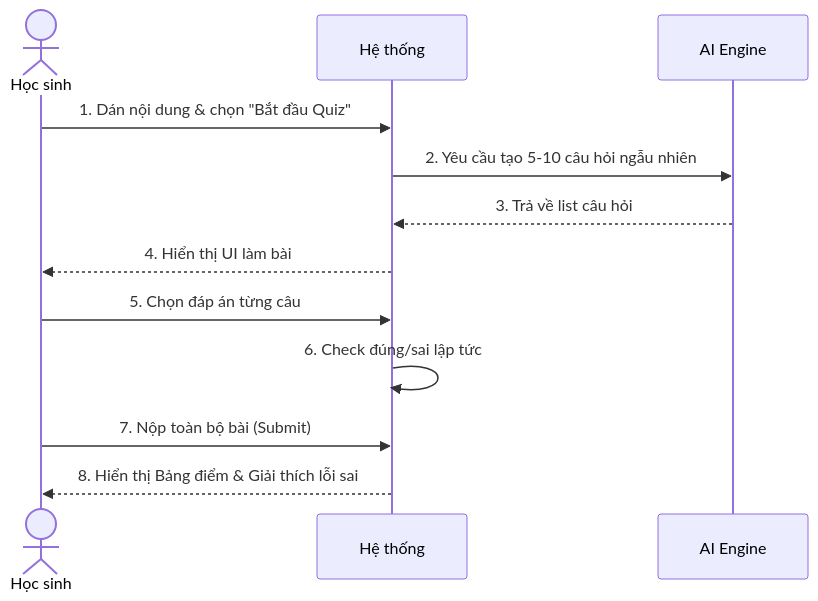
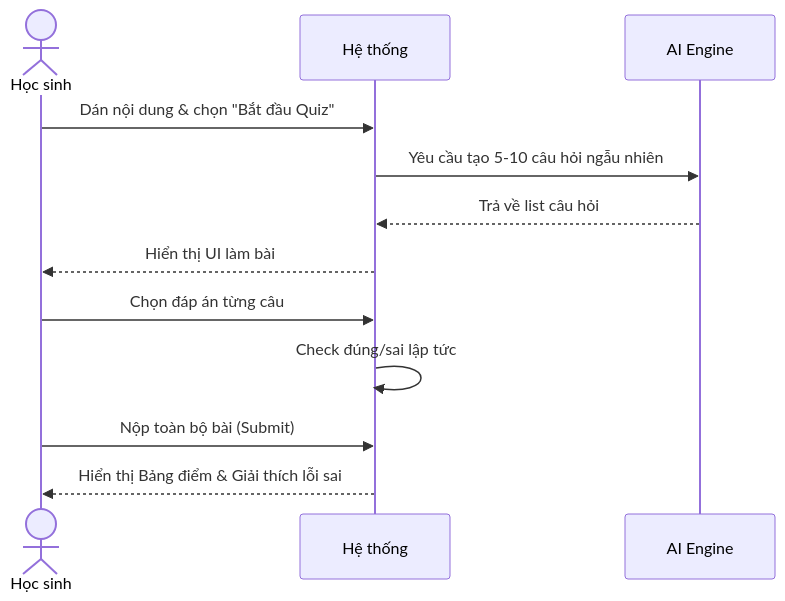
One commit to Cong-ty-TNNH-Q-Tech/Q-School changed the sixth of 8 diagrams in docs/nhom_5_magicstudent.md. Above: the diagram before and after it, drawn with Mermaid. The commit also changed other lines of this file and 5 other files, not shown here.

Commit message:
docs: refine sequence diagrams logical flow and remove step numbers

````diff
--- a/docs/nhom_5_magicstudent.md
+++ b/docs/nhom_5_magicstudent.md
@@ -194,15 +194,15 @@
 ```mermaid
 sequenceDiagram
     actor HS as Học sinh
     participant HT as Hệ thống
     participant AI as AI Engine
 
-    HS->>HT: 1. Dán nội dung & chọn "Bắt đầu Quiz"
-    HT->>AI: 2. Yêu cầu tạo 5-10 câu hỏi ngẫu nhiên
-    AI-->>HT: 3. Trả về list câu hỏi
-    HT-->>HS: 4. Hiển thị UI làm bài
-    HS->>HT: 5. Chọn đáp án từng câu
-    HT->>HT: 6. Check đúng/sai lập tức
-    HS->>HT: 7. Nộp toàn bộ bài (Submit)
-    HT-->>HS: 8. Hiển thị Bảng điểm & Giải thích lỗi sai
+    HS->>HT: Dán nội dung & chọn "Bắt đầu Quiz"
+    HT->>AI: Yêu cầu tạo 5-10 câu hỏi ngẫu nhiên
+    AI-->>HT: Trả về list câu hỏi
+    HT-->>HS: Hiển thị UI làm bài
+    HS->>HT: Chọn đáp án từng câu
+    HT->>HT: Check đúng/sai lập tức
+    HS->>HT: Nộp toàn bộ bài (Submit)
+    HT-->>HS: Hiển thị Bảng điểm & Giải thích lỗi sai
 ```
````
